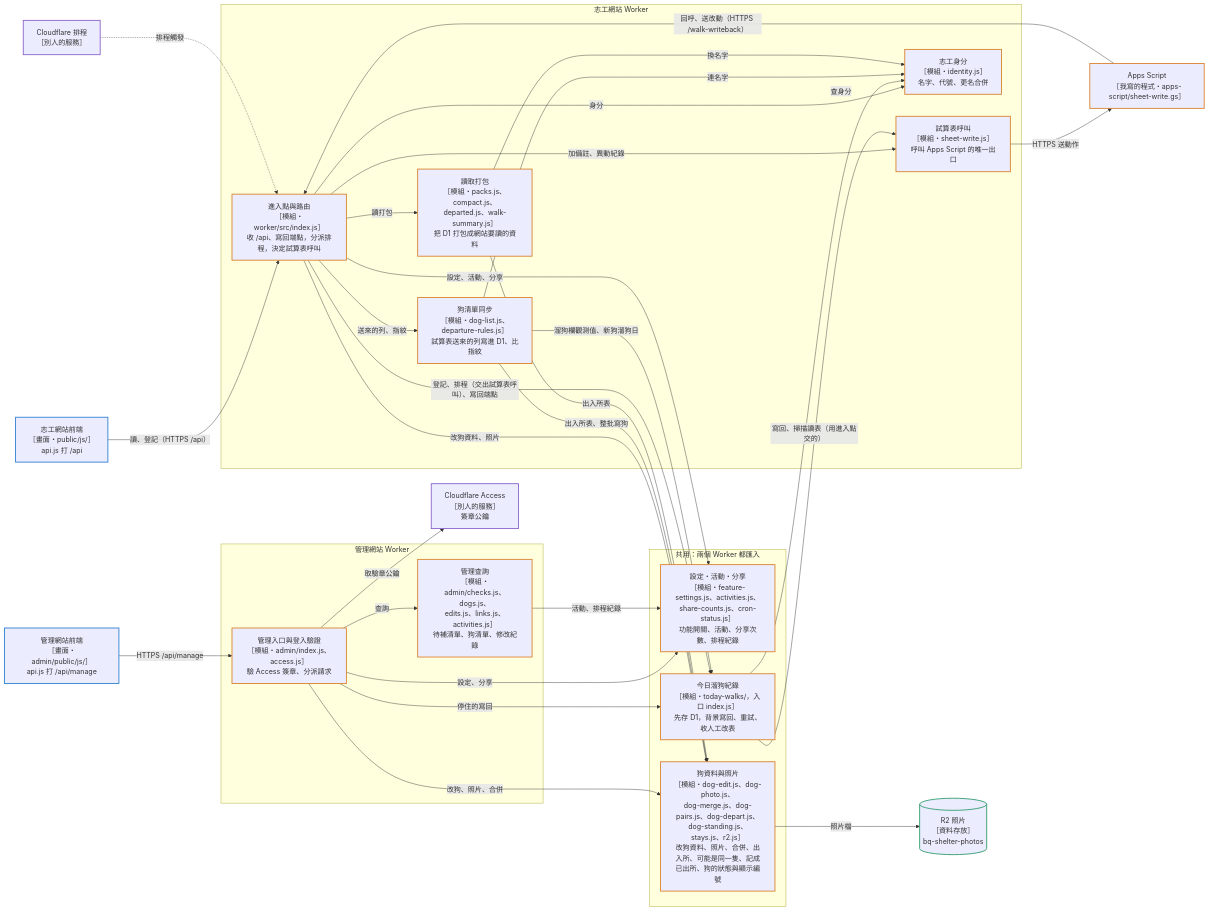
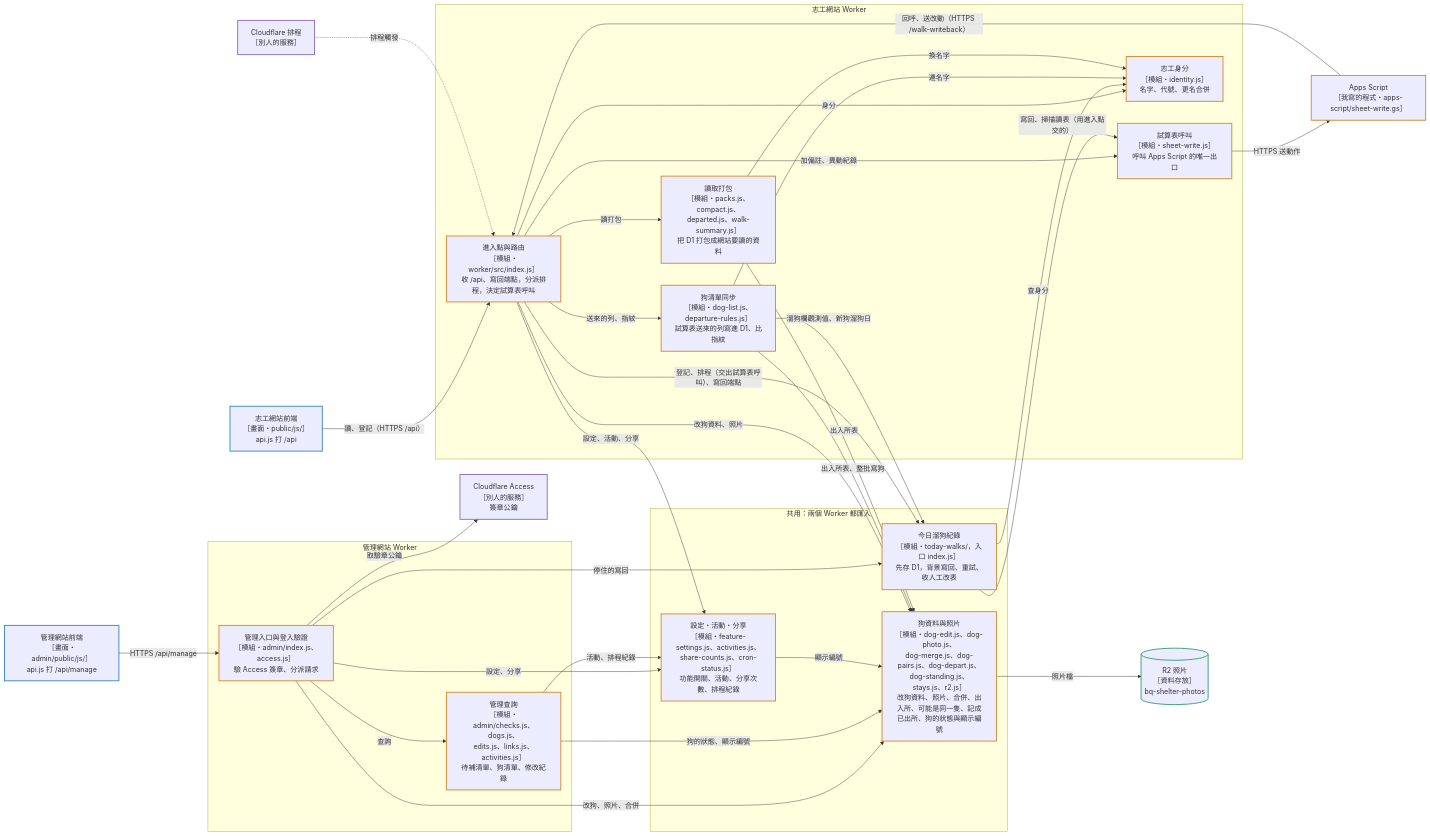
Before and after one commit to jiatsenK/bq-shelter-dogs: the fifth of 7 diagrams in docs/ARCHITECTURE.md, drawn with Mermaid. The commit also changed other lines of this file and 7 other files, not shown here.

Commit message:
#802 審查補修：註解、架構圖兩條線、守門放寬、寫死日期的測試

````diff
--- a/docs/ARCHITECTURE.md
+++ b/docs/ARCHITECTURE.md
@@ -277,62 +277,64 @@
 ```mermaid
 flowchart LR
   vfront["志工網站前端<br/>［畫面・public/js/］<br/>api.js 打 /api"]
   cron["Cloudflare 排程<br/>［別人的服務］"]
   gas["Apps Script<br/>［我寫的程式・apps-script/sheet-write.gs］"]
   afront["管理網站前端<br/>［畫面・admin/public/js/］<br/>api.js 打 /api/manage"]
   access["Cloudflare Access<br/>［別人的服務］<br/>簽章公鑰"]
   r2[("R2 照片<br/>［資料存放］<br/>bq-shelter-photos")]
   subgraph SHARED["共用：兩個 Worker 都匯入"]
     settings["設定・活動・分享<br/>［模組・feature-settings.js、activities.js、<br/>share-counts.js、cron-status.js］<br/>功能開關、活動、分享次數、排程紀錄"]
     dogdata["狗資料與照片<br/>［模組・dog-edit.js、dog-photo.js、<br/>dog-merge.js、dog-pairs.js、dog-depart.js、<br/>dog-standing.js、stays.js、r2.js］<br/>改狗資料、照片、合併、出入所、可能是同一隻、記成已出所、狗的狀態與顯示編號"]
     walk["今日溜狗紀錄<br/>［模組・today-walks/，入口 index.js］<br/>先存 D1，背景寫回、重試、收人工改表"]
   end
   subgraph VW["志工網站 Worker"]
     entry["進入點與路由<br/>［模組・worker/src/index.js］<br/>收 /api、寫回端點，分派排程，決定試算表呼叫"]
     doglist["狗清單同步<br/>［模組・dog-list.js、departure-rules.js］<br/>試算表送來的列寫進 D1、比指紋"]
     packs["讀取打包<br/>［模組・packs.js、compact.js、<br/>departed.js、walk-summary.js］<br/>把 D1 打包成網站要讀的資料"]
     sheetcall["試算表呼叫<br/>［模組・sheet-write.js］<br/>呼叫 Apps Script 的唯一出口"]
     identity["志工身分<br/>［模組・identity.js］<br/>名字、代號、更名合併"]
   end
   subgraph AW["管理網站 Worker"]
     aentry["管理入口與登入驗證<br/>［模組・admin/index.js、access.js］<br/>驗 Access 簽章、分派請求"]
     aquery["管理查詢<br/>［模組・admin/checks.js、dogs.js、<br/>edits.js、links.js、activities.js］<br/>待補清單、狗清單、修改紀錄"]
   end
 
   vfront -->|讀、登記（HTTPS /api）| entry
   cron -.->|排程觸發| entry
   gas -->|回呼、送改動（HTTPS /walk-writeback）| entry
   afront -->|HTTPS /api/manage| aentry
   entry -->|登記、排程（交出試算表呼叫）、寫回端點| walk
   entry -->|送來的列、指紋| doglist
   entry -->|讀打包| packs
   entry -->|加備註、異動紀錄| sheetcall
   entry -->|身分| identity
   entry -->|設定、活動、分享| settings
   entry -->|改狗資料、照片| dogdata
   doglist -->|溜狗欄觀測值、新狗溜狗日| walk
   walk -->|寫回、掃描讀表（用進入點交的）| sheetcall
   walk -->|查身分| identity
   doglist -->|連名字| identity
   doglist -->|出入所表、整批寫狗| dogdata
   packs -->|換名字| identity
   packs -->|出入所表| dogdata
   sheetcall -->|HTTPS 送動作| gas
   dogdata -->|照片檔| r2
   aentry -->|查詢| aquery
   aentry -->|取驗章公鑰| access
   aentry -->|設定、分享| settings
   aentry -->|改狗、照片、合併| dogdata
   aentry -->|停住的寫回| walk
   aquery -->|活動、排程紀錄| settings
+  aquery -->|狗的狀態、顯示編號| dogdata
+  settings -->|顯示編號| dogdata
 
   class vfront,afront ui
   class entry,walk,doglist,packs,sheetcall,identity,aentry,aquery,settings,dogdata,gas code
   class r2 data
   class cron,access ext
   classDef person stroke:#5b6b78,stroke-width:2px
   classDef ui stroke:#2f7fd0,stroke-width:2px
   classDef code stroke:#d9822b,stroke-width:2px
   classDef data stroke:#2e9d6a,stroke-width:2px
   classDef ext stroke:#8a63c9,stroke-width:2px
 ```
````
